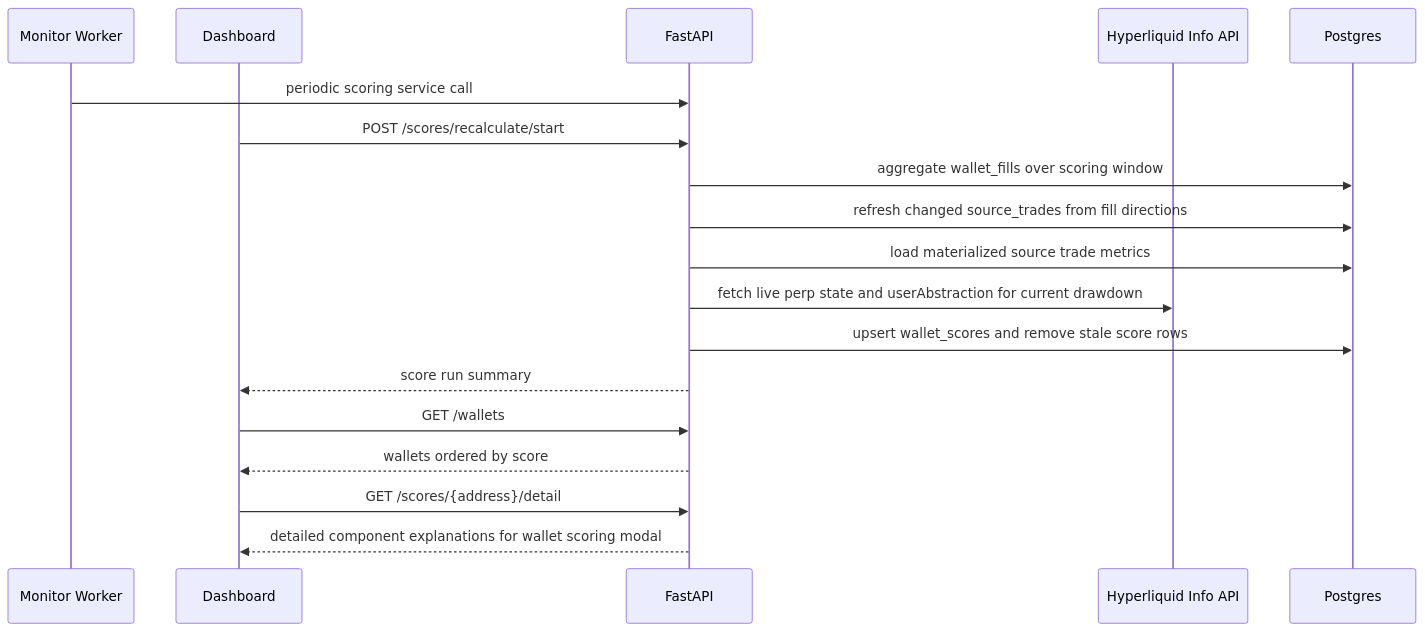
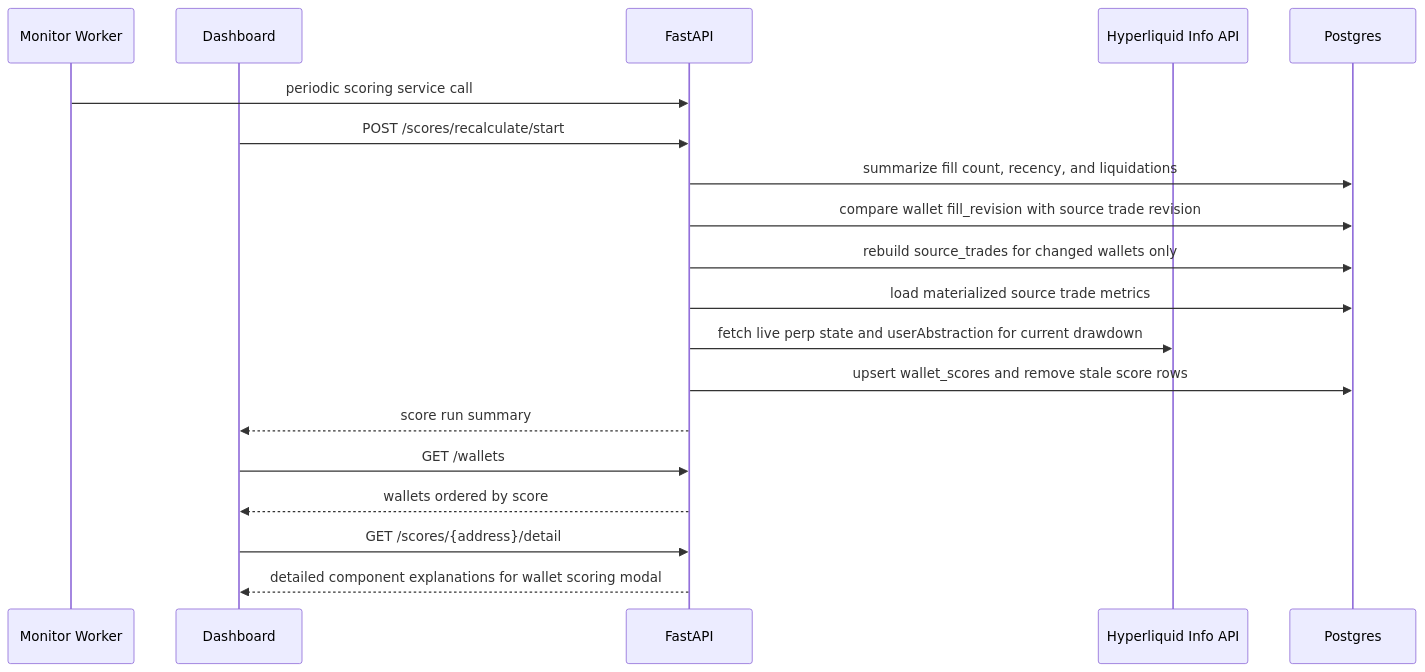
Before and after one commit to DrottPoker/copytrading-agent: the sixth of 10 diagrams in docs/architecture.md, drawn with Mermaid. The commit also changed other lines of this file and 9 other files, not shown here.

````diff
--- a/docs/architecture.md
+++ b/docs/architecture.md
@@ -575,21 +575,22 @@
 ```mermaid
 sequenceDiagram
   participant Worker as Monitor Worker
   participant UI as Dashboard
   participant API as FastAPI
   participant HL as Hyperliquid Info API
   participant DB as Postgres
 
   Worker->>API: periodic scoring service call
   UI->>API: POST /scores/recalculate/start
-  API->>DB: aggregate wallet_fills over scoring window
-  API->>DB: refresh changed source_trades from fill directions
+  API->>DB: summarize fill count, recency, and liquidations
+  API->>DB: compare wallet fill_revision with source trade revision
+  API->>DB: rebuild source_trades for changed wallets only
   API->>DB: load materialized source trade metrics
   API->>HL: fetch live perp state and userAbstraction for current drawdown
   API->>DB: upsert wallet_scores and remove stale score rows
   API-->>UI: score run summary
   UI->>API: GET /wallets
   API-->>UI: wallets ordered by score
   UI->>API: GET /scores/{address}/detail
   API-->>UI: detailed component explanations for wallet scoring modal
 ```
````
